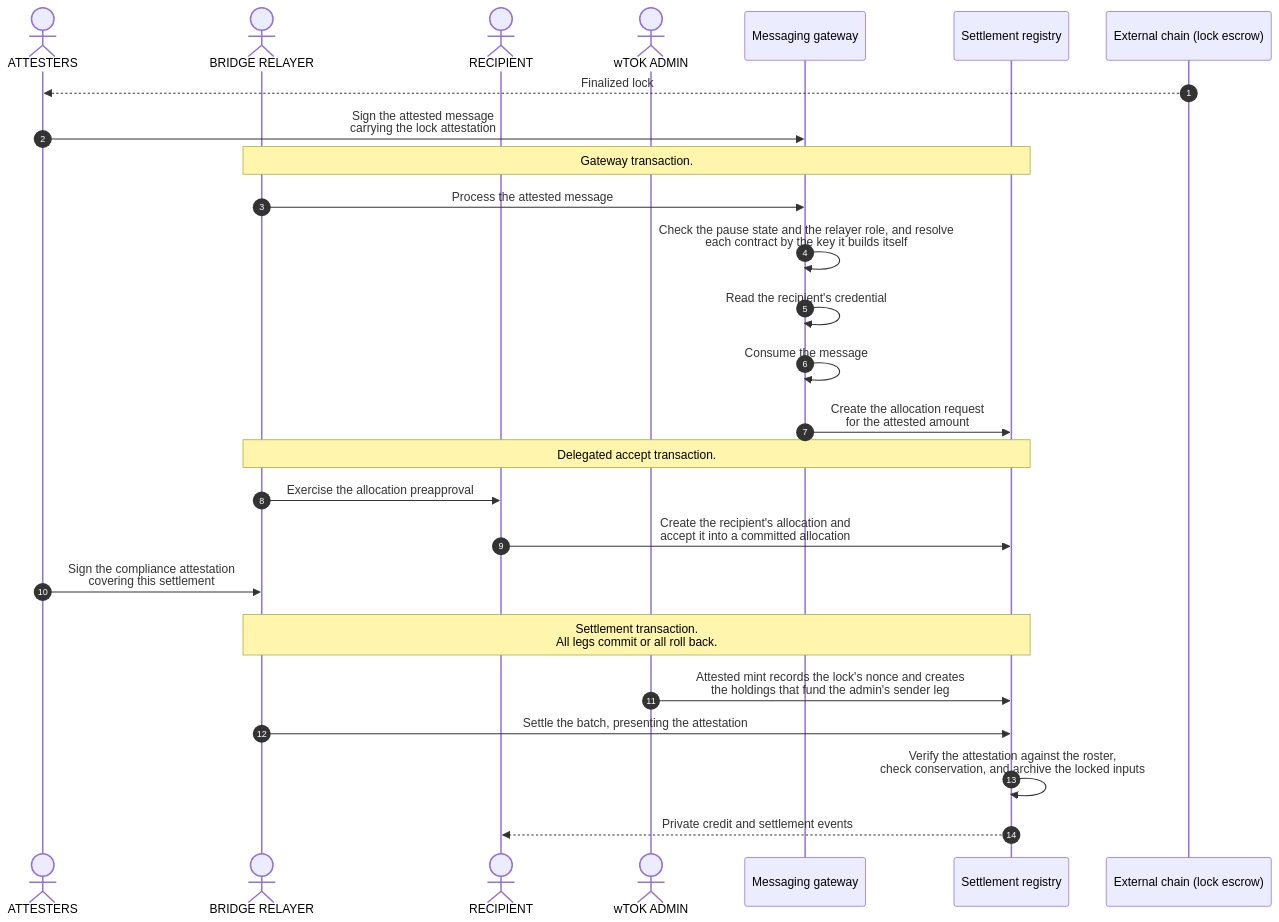
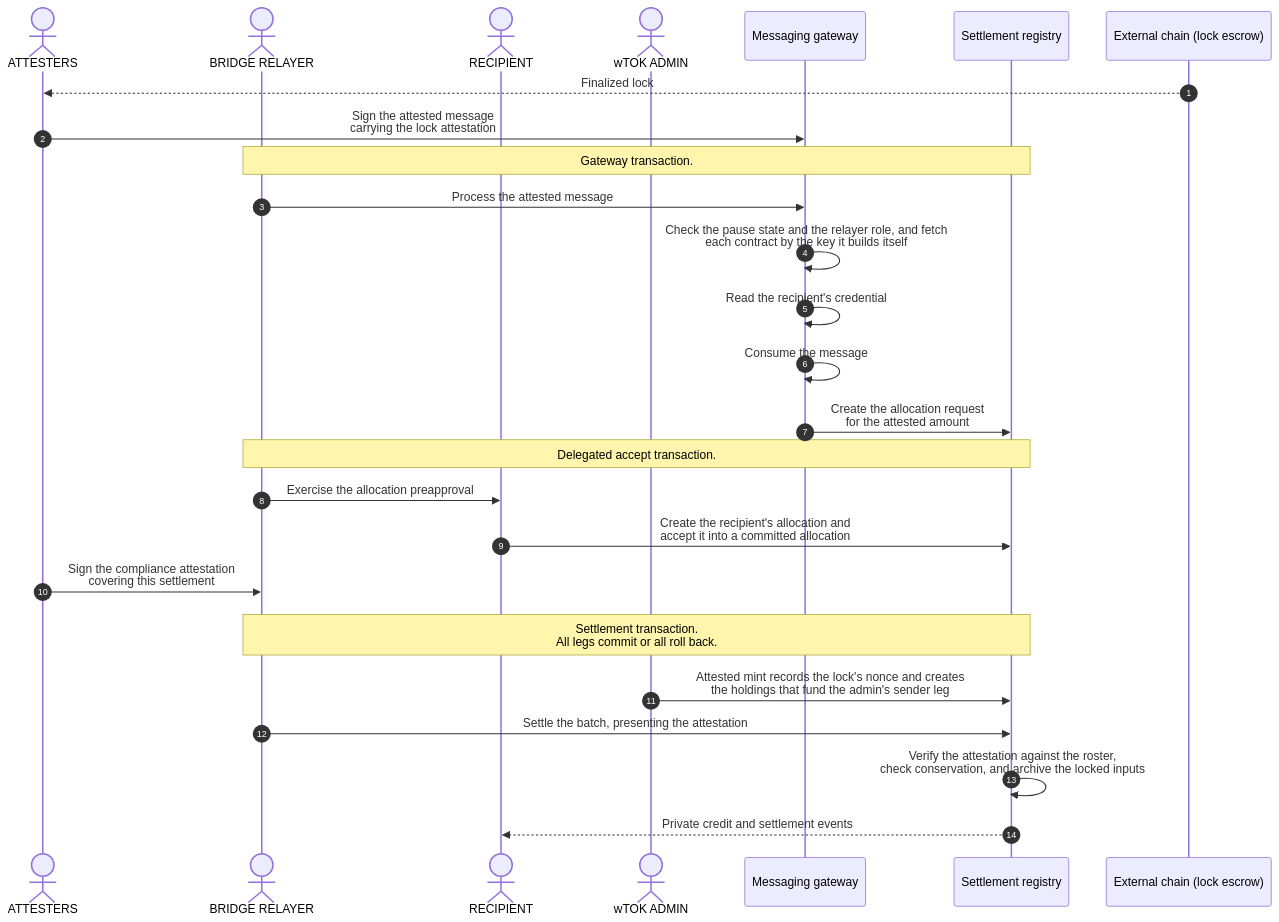
One commit to OpenZeppelin/canton-specs changed the first of 4 diagrams in docs/reference-architectures/cross-chain-stablecoin.md. Above: the diagram before and after it, drawn with Mermaid. The commit also changed other lines of this file, not shown here.

````diff
--- a/docs/reference-architectures/cross-chain-stablecoin.md
+++ b/docs/reference-architectures/cross-chain-stablecoin.md
@@ -296,31 +300,31 @@
 ```mermaid
 sequenceDiagram
     autonumber
     actor Attesters as ATTESTERS
     actor Relayer as BRIDGE RELAYER
     actor Recipient as RECIPIENT
     actor Admin as wTOK ADMIN
     participant App as Messaging gateway
     participant Registry as Settlement registry
     participant Chain as External chain (lock escrow)
 
     Chain-->>Attesters: Finalized lock
     Attesters->>App: Sign the attested message<br/>carrying the lock attestation
     Note over Relayer,Registry: Gateway transaction.
     Relayer->>App: Process the attested message
-    App->>App: Check the pause state and the relayer role, and resolve<br/>each contract by the key it builds itself
+    App->>App: Check the pause state and the relayer role, and fetch<br/>each contract by the key it builds itself
     App->>App: Read the recipient's credential
     App->>App: Consume the message
     App->>Registry: Create the allocation request<br/>for the attested amount
     Note over Relayer,Registry: Delegated accept transaction.
     Relayer->>Recipient: Exercise the allocation preapproval
     Recipient->>Registry: Create the recipient's allocation and<br/>accept it into a committed allocation
     Attesters->>Relayer: Sign the compliance attestation<br/>covering this settlement
     rect rgba(255, 255, 255, .1)
         Note over Relayer,Registry: Settlement transaction.<br/>All legs commit or all roll back.
         Admin->>Registry: Attested mint records the lock's nonce and creates<br/>the holdings that fund the admin's sender leg
         Relayer->>Registry: Settle the batch, presenting the attestation
         Registry->>Registry: Verify the attestation against the roster,<br/>check conservation, and archive the locked inputs
         Registry-->>Recipient: Private credit and settlement events
     end
 ```
````
